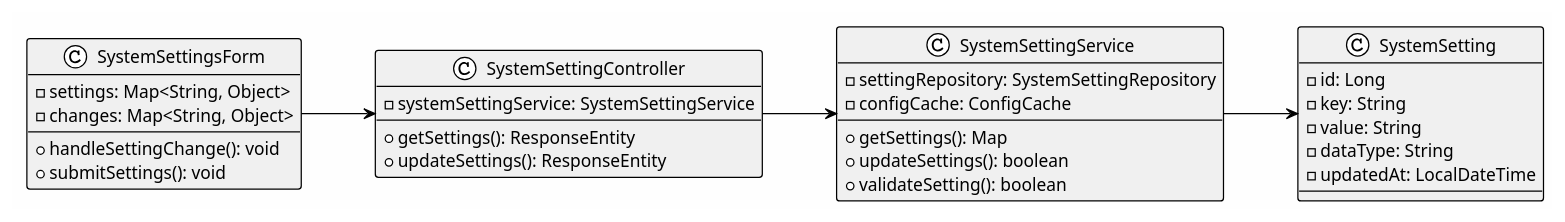
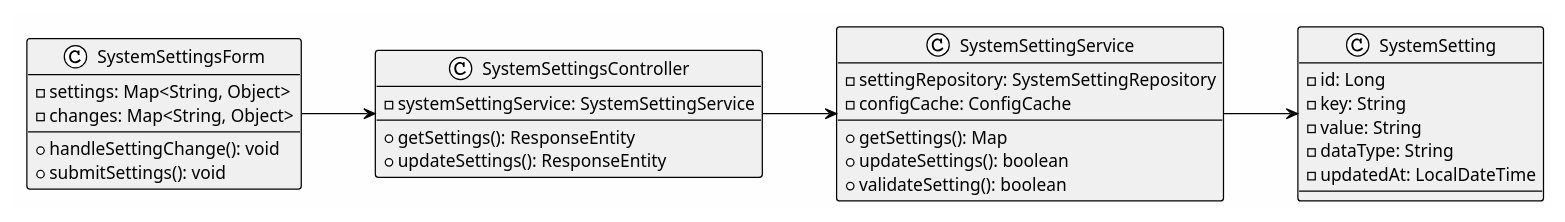
Before and after one commit to lawas-tess/SPMP-Evaluator: diagram 28 of 29 in Capstone Files/Module2.md, drawn with PlantUML. The commit also changed other lines of this file and 8 other files, not shown here.

Commit message:
Add AI integration architecture docs, PlantUML diagrams, and presentation script; Update modules with hybrid AI approach; Switch to Amazon Nova model with timeout protection

````diff
--- a/Capstone Files/Module2.md
+++ b/Capstone Files/Module2.md
@@ -2709,44 +2896,44 @@
 ```plantuml
 @startuml SystemSettings_ClassDiagram
 !theme plain
 left to right direction
 skinparam backgroundColor #FEFEFE
 skinparam classBackgroundColor #F0F0F0
 
 class SystemSettingsForm {
   - settings: Map<String, Object>
   - changes: Map<String, Object>
   --
   + handleSettingChange(): void
   + submitSettings(): void
 }
 
-class SystemSettingController {
+class SystemSettingsController {
   - systemSettingService: SystemSettingService
   --
   + getSettings(): ResponseEntity
   + updateSettings(): ResponseEntity
 }
 
 class SystemSettingService {
   - settingRepository: SystemSettingRepository
   - configCache: ConfigCache
   --
   + getSettings(): Map
   + updateSettings(): boolean
   + validateSetting(): boolean
 }
 
 class SystemSetting {
   - id: Long
   - key: String
   - value: String
   - dataType: String
   - updatedAt: LocalDateTime
 }
 
-SystemSettingsForm --> SystemSettingController
-SystemSettingController --> SystemSettingService
+SystemSettingsForm --> SystemSettingsController
+SystemSettingsController --> SystemSettingService
 SystemSettingService --> SystemSetting
 @enduml
 ```
````
